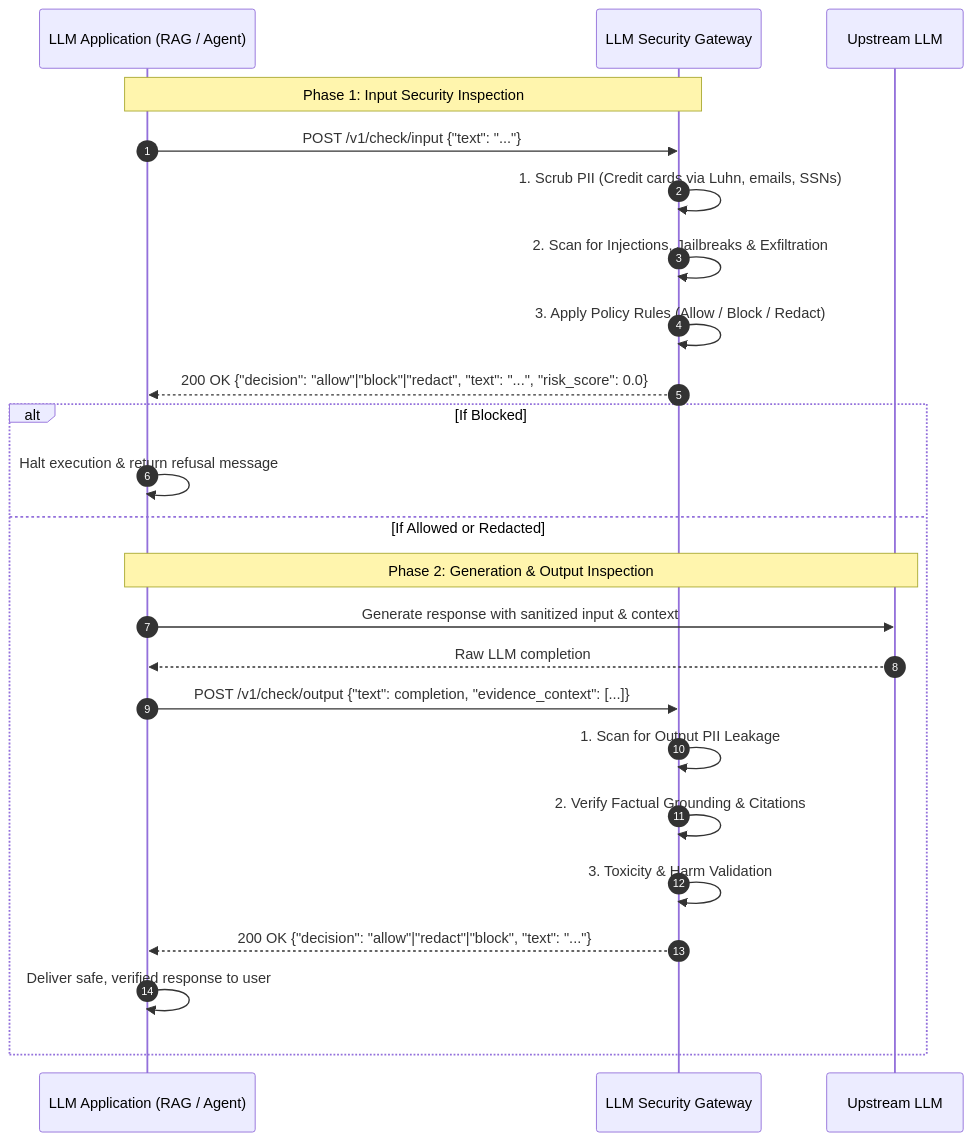
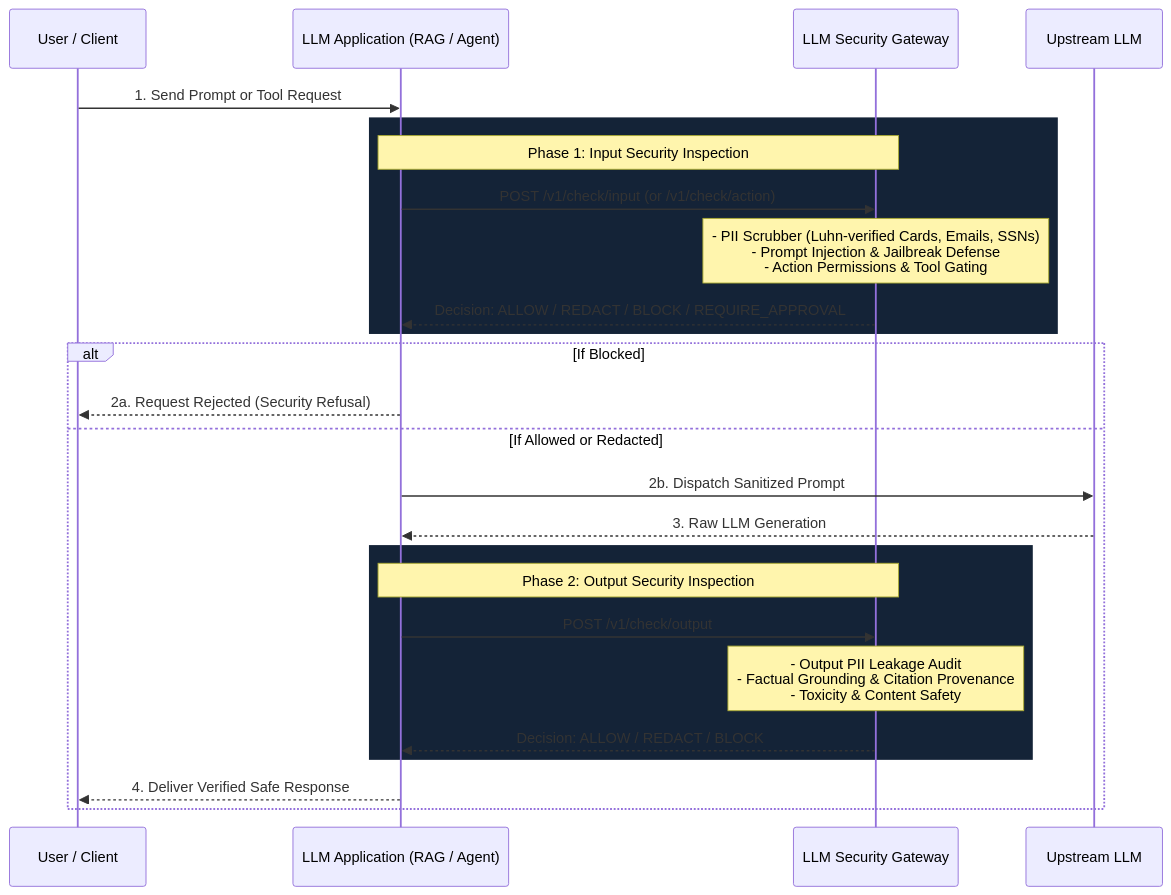
One commit to ShhlokRastogi/LLM-security-gateway changed the diagram in README.md. Above: the diagram before and after it, drawn with Mermaid.

Commit message:
docs: clean up and modernize architecture sequence diagram for GitHub rendering

````diff
--- a/README.md
+++ b/README.md
@@ -75,28 +75,32 @@
 ```mermaid
 sequenceDiagram
-    autonumber
+    participant User as User / Client
     participant App as LLM Application (RAG / Agent)
-    participant Gate as LLM Security Gateway
+    participant Gateway as LLM Security Gateway
     participant LLM as Upstream LLM
 
-    Note over App,Gate: Phase 1: Input Security Inspection
-    App->>Gate: POST /v1/check/input {"text": "..."}
-    Gate->>Gate: 1. Scrub PII (Credit cards via Luhn, emails, SSNs)
-    Gate->>Gate: 2. Scan for Injections, Jailbreaks & Exfiltration
-    Gate->>Gate: 3. Apply Policy Rules (Allow / Block / Redact)
-    Gate-->>App: 200 OK {"decision": "allow"|"block"|"redact", "text": "...", "risk_score": 0.0}
+    User->>App: 1. Send Prompt or Tool Request
+    
+    rect rgb(20, 35, 55)
+    Note over App,Gateway: Phase 1: Input Security Inspection
+    App->>Gateway: POST /v1/check/input (or /v1/check/action)
+    Note over Gateway: - PII Scrubber (Luhn-verified Cards, Emails, SSNs)<br/>- Prompt Injection & Jailbreak Defense<br/>- Action Permissions & Tool Gating
+    Gateway-->>App: Decision: ALLOW / REDACT / BLOCK / REQUIRE_APPROVAL
+    end
 
     alt If Blocked
-        App->>App: Halt execution & return refusal message
+        App-->>User: 2a. Request Rejected (Security Refusal)
     else If Allowed or Redacted
-        Note over App,LLM: Phase 2: Generation & Output Inspection
-        App->>LLM: Generate response with sanitized input & context
-        LLM-->>App: Raw LLM completion
-        App->>Gate: POST /v1/check/output {"text": completion, "evidence_context": [...]}
-        Gate->>Gate: 1. Scan for Output PII Leakage
-        Gate->>Gate: 2. Verify Factual Grounding & Citations
-        Gate->>Gate: 3. Toxicity & Harm Validation
-        Gate-->>App: 200 OK {"decision": "allow"|"redact"|"block", "text": "..."}
-        App->>App: Deliver safe, verified response to user
+        App->>LLM: 2b. Dispatch Sanitized Prompt
+        LLM-->>App: 3. Raw LLM Generation
+        
+        rect rgb(20, 35, 55)
+        Note over App,Gateway: Phase 2: Output Security Inspection
+        App->>Gateway: POST /v1/check/output
+        Note over Gateway: - Output PII Leakage Audit<br/>- Factual Grounding & Citation Provenance<br/>- Toxicity & Content Safety
+        Gateway-->>App: Decision: ALLOW / REDACT / BLOCK
+        end
+
+        App-->>User: 4. Deliver Verified Safe Response
     end
 ```
````
